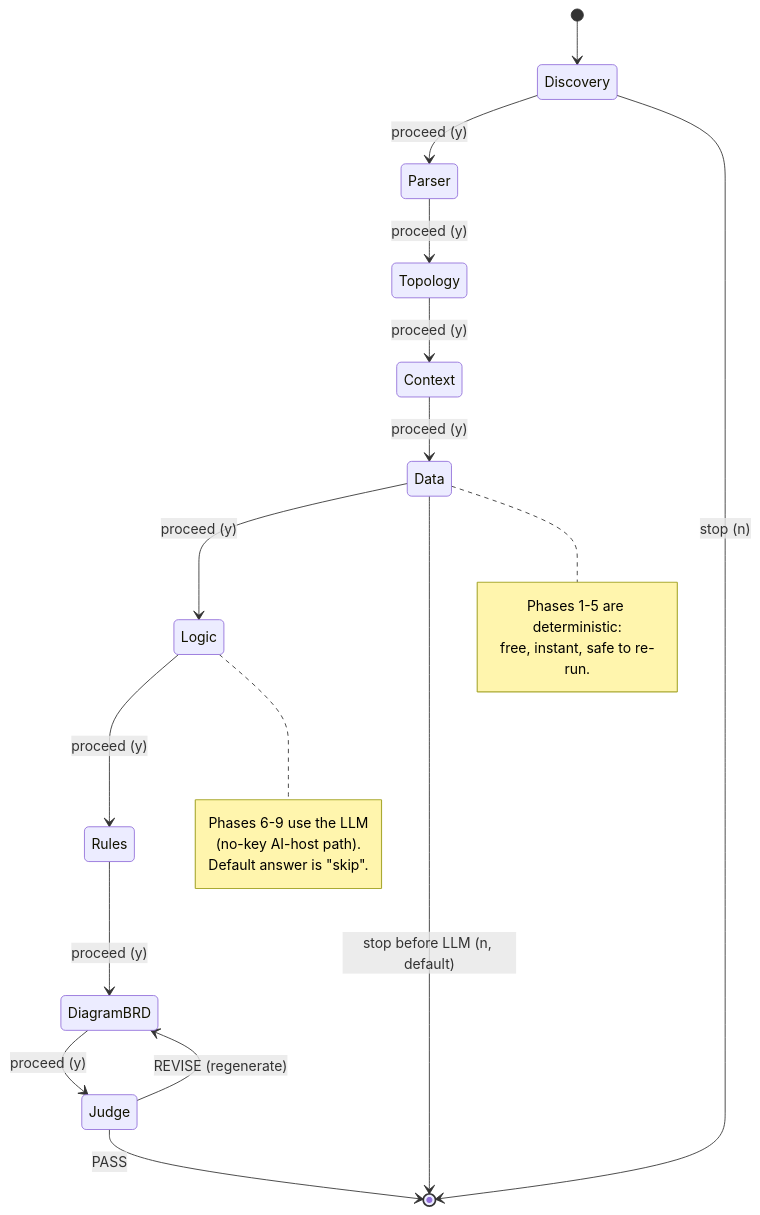
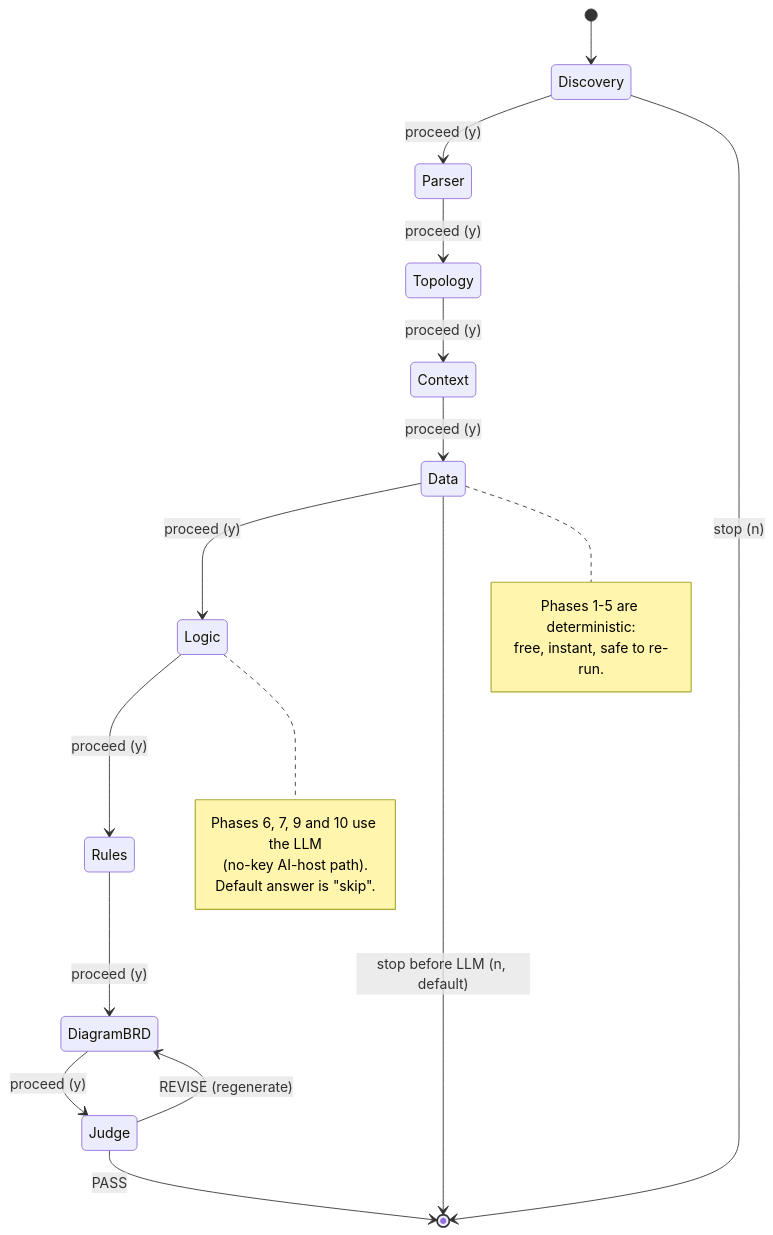
Before and after one commit to kaajalkrish/Legacy-Harness-Modernization-System: the second of 12 diagrams in README.md, drawn with Mermaid. The commit also changed other lines of this file and 19 other files, not shown here.

````diff
--- a/README.md
+++ b/README.md
@@ -100,29 +100,29 @@
 ```mermaid
 stateDiagram-v2
     [*] --> Discovery
     Discovery --> Parser: proceed (y)
     Parser --> Topology: proceed (y)
     Topology --> Context: proceed (y)
     Context --> Data: proceed (y)
     Data --> Logic: proceed (y)
 
     Logic --> Rules: proceed (y)
     Rules --> DiagramBRD: proceed (y)
     DiagramBRD --> Judge: proceed (y)
     Judge --> [*]: PASS
 
     Judge --> DiagramBRD: REVISE (regenerate)
 
     Discovery --> [*]: stop (n)
     Data --> [*]: stop before LLM (n, default)
 
     note right of Data
         Phases 1-5 are deterministic:
         free, instant, safe to re-run.
     end note
     note right of Logic
-        Phases 6-9 use the LLM
+        Phases 6, 7, 9 and 10 use the LLM
         (no-key AI-host path).
         Default answer is "skip".
     end note
 ```
````
